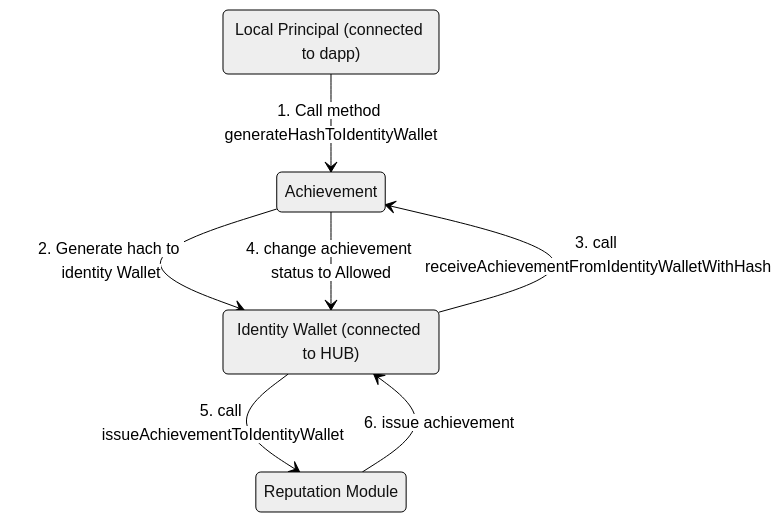
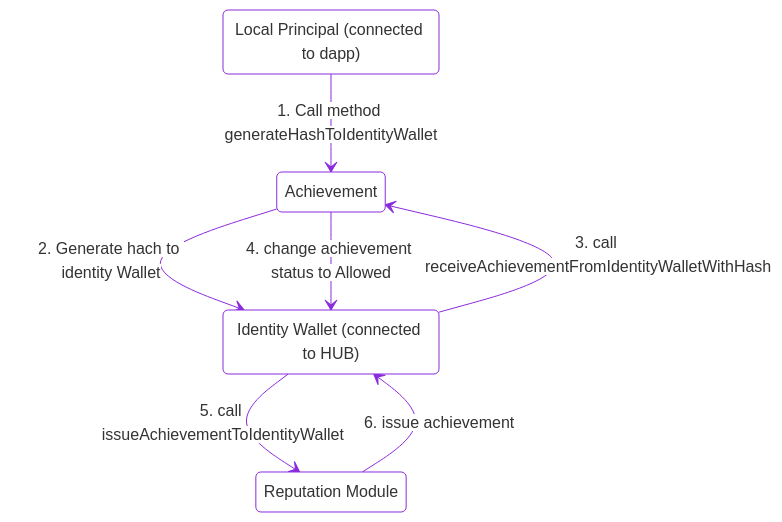
One commit to relinkd/public-achievements changed the first of 2 diagrams in README.md. Above: the diagram before and after it, drawn with Mermaid. The commit also changed other lines of this file, not shown here.

Commit message:
Update README.md
mermaid upd

````diff
--- a/README.md
+++ b/README.md
@@ -87,24 +87,33 @@
 ```mermaid
 
 
 
-%%{init: {'theme':'neutral'}}%%
-stateDiagram
-
+%%{init: {
+  'theme': 'base',
+  'themeVariables': {
+    'primaryColor': '#ffffff',
+    'primaryBorderColor': '#8A2BDD',
+    'lineColor': '#8A2BDD',
+    'textColor': '#333',
+    'primaryBorderWidth': '6px',
+    'edgeLabelBackground': '#ffffff',
+    'arrowheadColor': '#8A2BDD'
+  }
+}}%%
+stateDiagram-v2
     state "Local Principal (connected to dapp)" as A1 
     state "Reputation Module" as D1
     state "Identity Wallet (connected to HUB)" as C1
     state "Achievement" as B1
     
-
     A1 --> B1 : 1. Call method generateHashToIdentityWallet
     B1 --> C1 : 2. Generate hach to identity Wallet
     C1 --> B1 : 3. call receiveAchievementFromIdentityWalletWithHash
     B1 --> C1 : 4. change achievement status to Allowed
     C1 --> D1 : 5. call issueAchievementToIdentityWallet
     D1 --> C1 : 6. issue achievement
 
 
 
 
 ```
````
